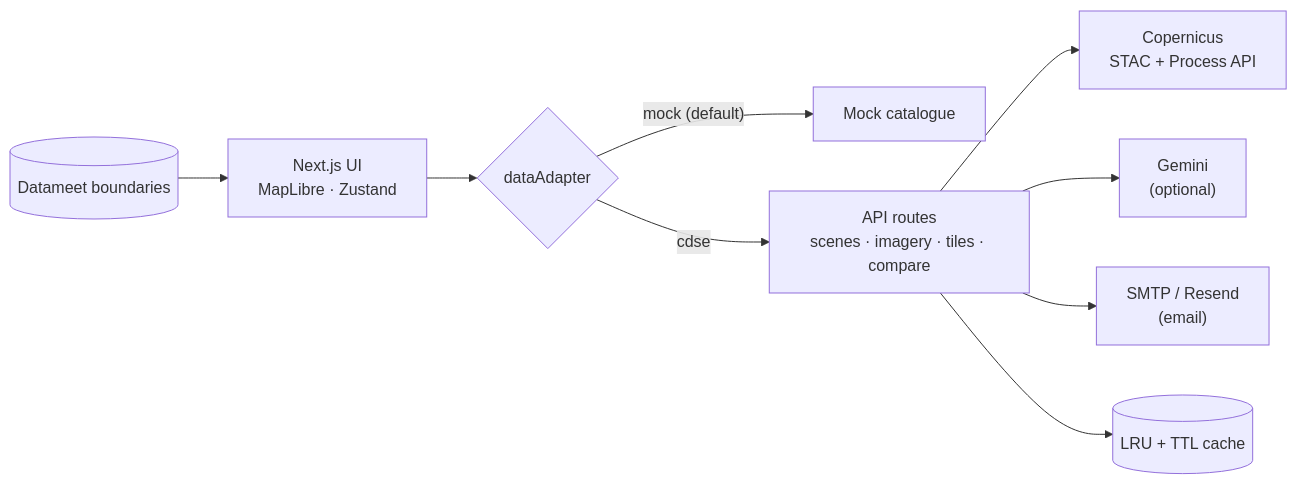
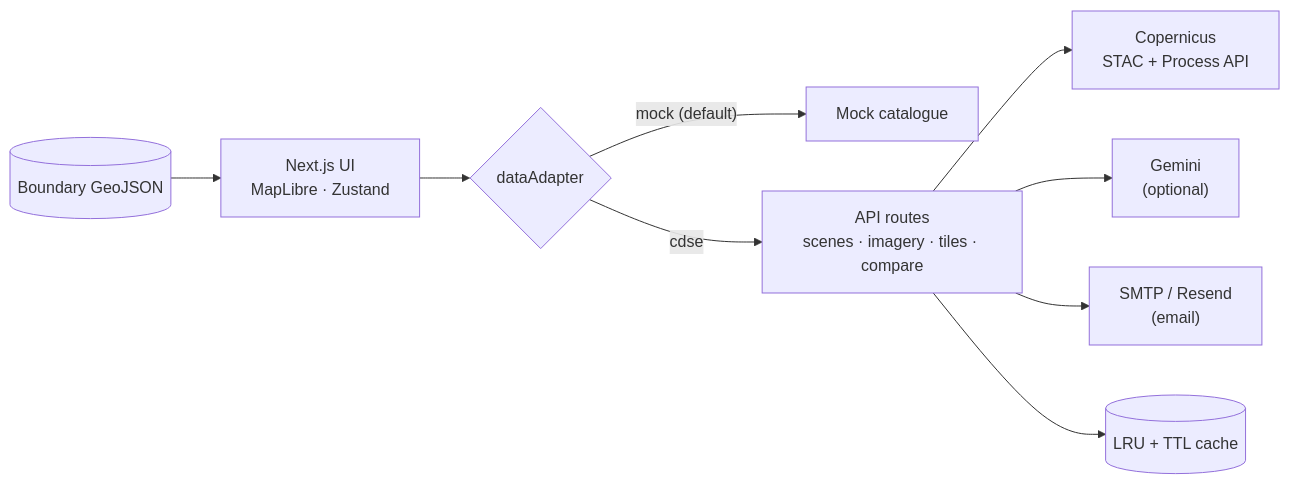
The diagram in README.md (Vatxsal/rajasthan_satellite_imagery_analysis), drawn with Mermaid before and after one commit. The commit also changed other lines of this file and 25 other files, not shown here.

````diff
--- a/README.md
+++ b/README.md
@@ -75,11 +76,11 @@
 ```mermaid
 flowchart LR
     UI["Next.js UI<br/>MapLibre · Zustand"] --> AD{"dataAdapter"}
     AD -->|"mock (default)"| MOCK["Mock catalogue"]
     AD -->|"cdse"| API["API routes<br/>scenes · imagery · tiles · compare"]
     API --> SH["Copernicus<br/>STAC + Process API"]
     API --> GEM["Gemini<br/>(optional)"]
     API --> SMTP["SMTP / Resend<br/>(email)"]
     API --> CACHE[("LRU + TTL cache")]
-    BND[("Datameet boundaries")] --> UI
+    BND[("Boundary GeoJSON")] --> UI
 ```
````
